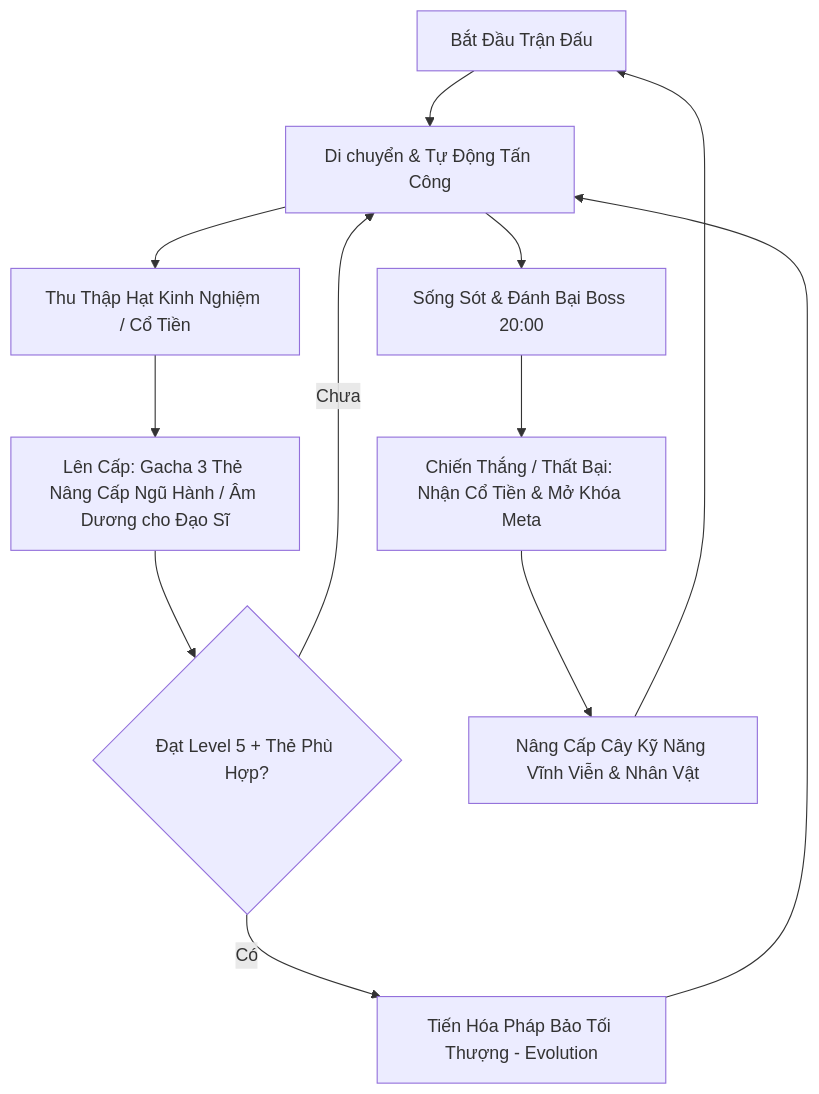
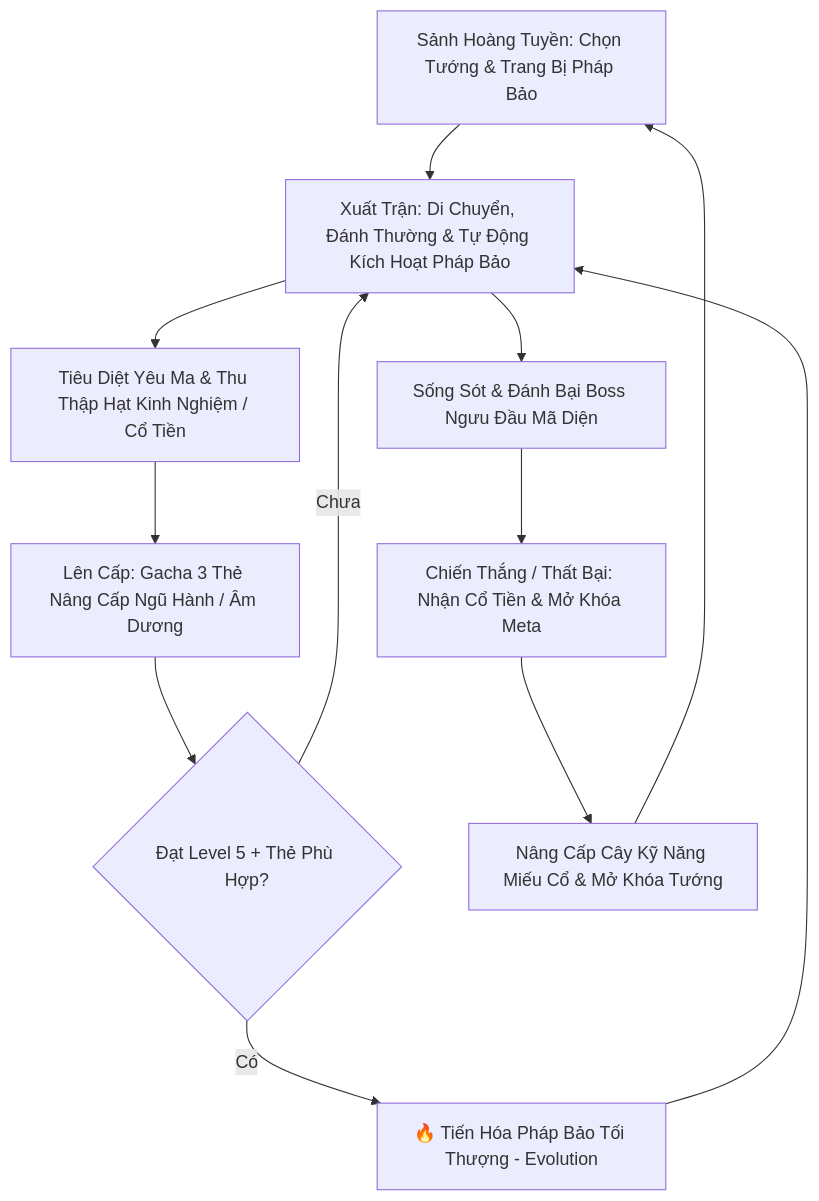
The diagram in README.md (thuongtran1210/Projectzombie), drawn with Mermaid before and after one commit. The commit also changed other lines of this file, not shown here.

````diff
--- a/README.md
+++ b/README.md
@@ -60,14 +43,14 @@
 ```mermaid
 graph TD
-    A[Bắt Đầu Trận Đấu] --> B[Di chuyển & Tự Động Tấn Công]
-    B --> C[Thu Thập Hạt Kinh Nghiệm / Cổ Tiền]
-    C --> D[Lên Cấp: Gacha 3 Thẻ Nâng Cấp Ngũ Hành / Âm Dương cho Đạo Sĩ]
+    A[Sảnh Hoàng Tuyền: Chọn Tướng & Trang Bị Pháp Bảo] --> B[Xuất Trận: Di Chuyển, Đánh Thường & Tự Động Kích Hoạt Pháp Bảo]
+    B --> C[Tiêu Diệt Yêu Ma & Thu Thập Hạt Kinh Nghiệm / Cổ Tiền]
+    C --> D[Lên Cấp: Gacha 3 Thẻ Nâng Cấp Ngũ Hành / Âm Dương]
     D --> E{Đạt Level 5 + Thẻ Phù Hợp?}
-    E -- Có --> F[Tiến Hóa Pháp Bảo Tối Thượng - Evolution]
+    E -- Có --> F[🔥 Tiến Hóa Pháp Bảo Tối Thượng - Evolution]
     E -- Chưa --> B
     F --> B
-    B --> G[Sống Sót & Đánh Bại Boss 20:00]
+    B --> G[Sống Sót & Đánh Bại Boss Ngưu Đầu Mã Diện]
     G --> H[Chiến Thắng / Thất Bại: Nhận Cổ Tiền & Mở Khóa Meta]
-    H --> I[Nâng Cấp Cây Kỹ Năng Vĩnh Viễn & Nhân Vật]
+    H --> I[Nâng Cấp Cây Kỹ Năng Miếu Cổ & Mở Khóa Tướng]
     I --> A
 ```
````
